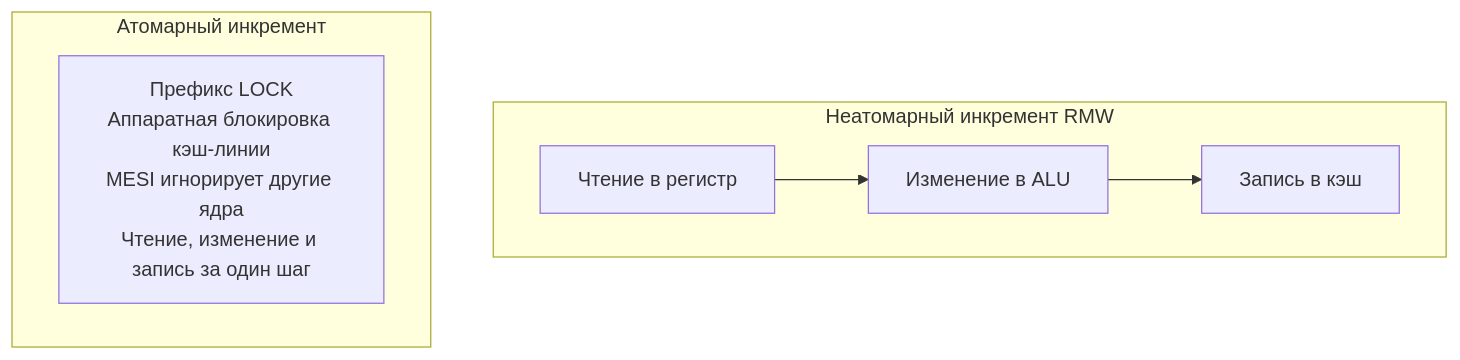
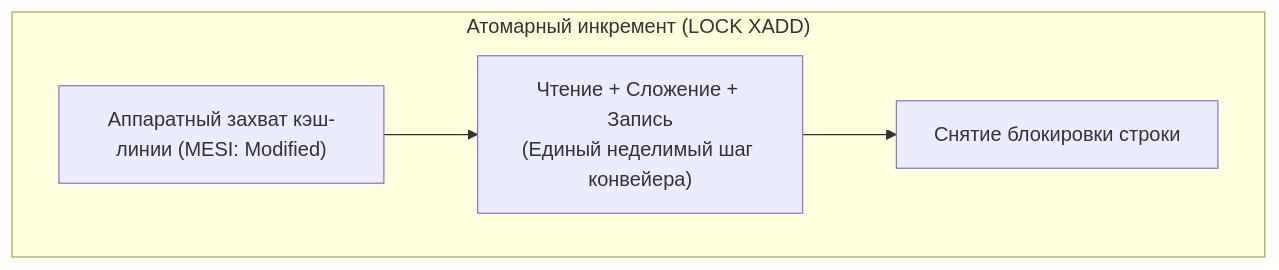
One commit to UnrealTemplier/go-textbook changed the second of 2 diagrams in sources/1. Архитектура компьютера/23. Атомарные операции. CAS, Compare And Swap, Fetch And Add.md. Above: the diagram before and after it, drawn with Mermaid. The commit also changed other lines of this file, not shown here.

Commit message:
feat(module-01): editorial rewrite of Article 23 (Atomic Operations and CAS) in Kernighan style

````diff
--- a/sources/1. Архитектура компьютера/23. Атомарные операции. CAS, Compare And Swap, Fetch And Add.md
+++ b/sources/1. Архитектура компьютера/23. Атомарные операции. CAS, Compare And Swap, Fetch And Add.md
@@ -32,11 +51,9 @@
 ```mermaid
 flowchart TD
-    subgraph Неатомарный инкремент RMW
-        A["Чтение в регистр"] --> B["Изменение в ALU"]
-        B --> C["Запись в кэш"]
-    end
-    
-    subgraph Атомарный инкремент
-        D["Префикс LOCK<br>Аппаратная блокировка кэш-линии<br>MESI игнорирует другие ядра<br>Чтение, изменение и запись за один шаг"]
+    subgraph AtomicExecution["Атомарный инкремент (LOCK XADD)"]
+        Lock["Аппаратный захват кэш-линии (MESI: Modified)"]
+        Op["Чтение + Сложение + Запись<br>(Единый неделимый шаг конвейера)"]
+        Release["Снятие блокировки строки"]
+        Lock --> Op --> Release
     end
 ```
````
